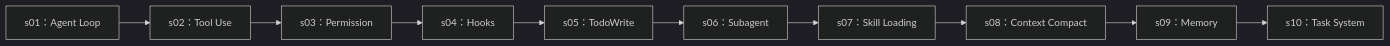
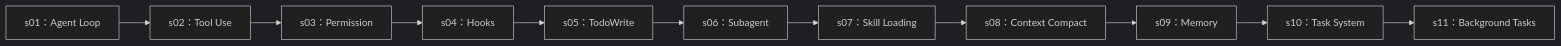
The diagram in README.zh.md (lyq1119/deepseek-agent-tutorial), drawn with Mermaid (dark theme) before and after one commit. The commit also changed other lines of this file and 6 other files, not shown here.

Commit message:
Add DeepSeek s11 background tasks lesson

````diff
--- a/README.zh.md
+++ b/README.zh.md
@@ -89,12 +90,13 @@
 ```mermaid
 flowchart LR
     S01["s01：Agent Loop"] --> S02["s02：Tool Use"]
     S02 --> S03["s03：Permission"]
     S03 --> S04["s04：Hooks"]
     S04 --> S05["s05：TodoWrite"]
     S05 --> S06["s06：Subagent"]
     S06 --> S07["s07：Skill Loading"]
     S07 --> S08["s08：Context Compact"]
     S08 --> S09["s09：Memory"]
     S09 --> S10["s10：Task System"]
+    S10 --> S11["s11：Background Tasks"]
 ```
````
